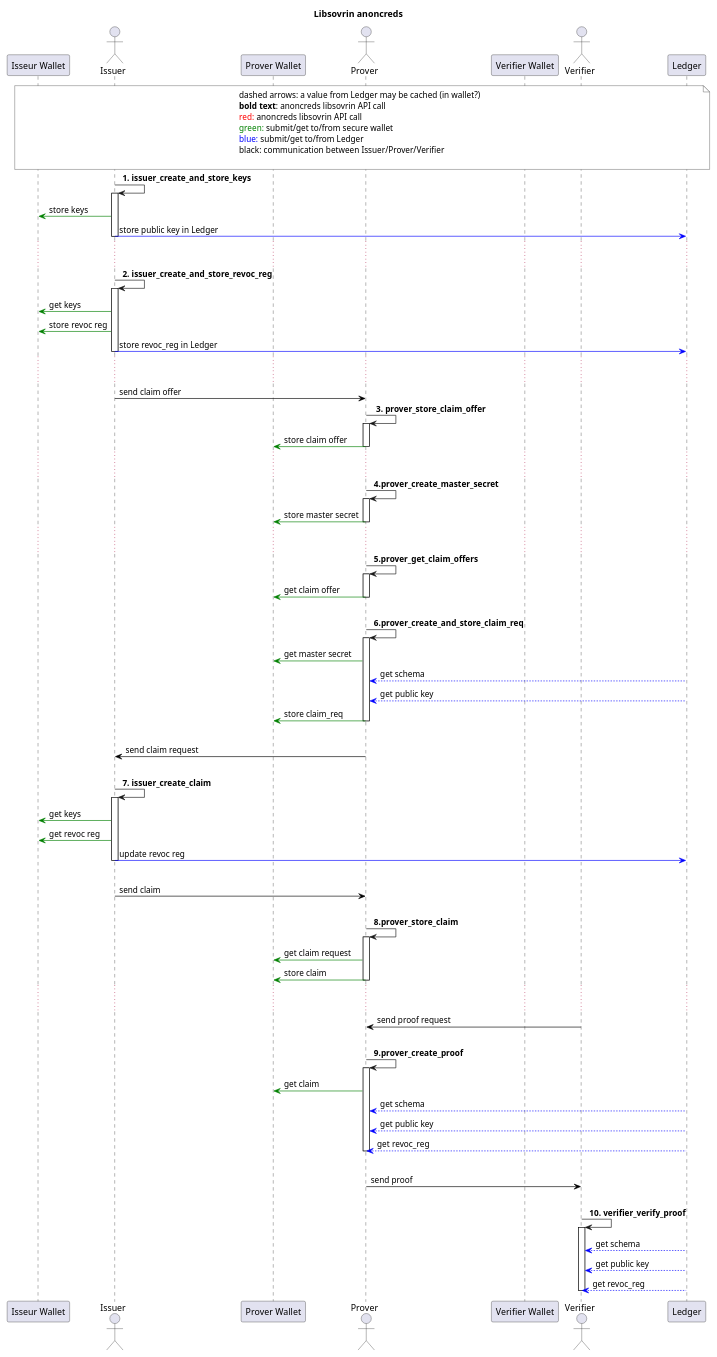
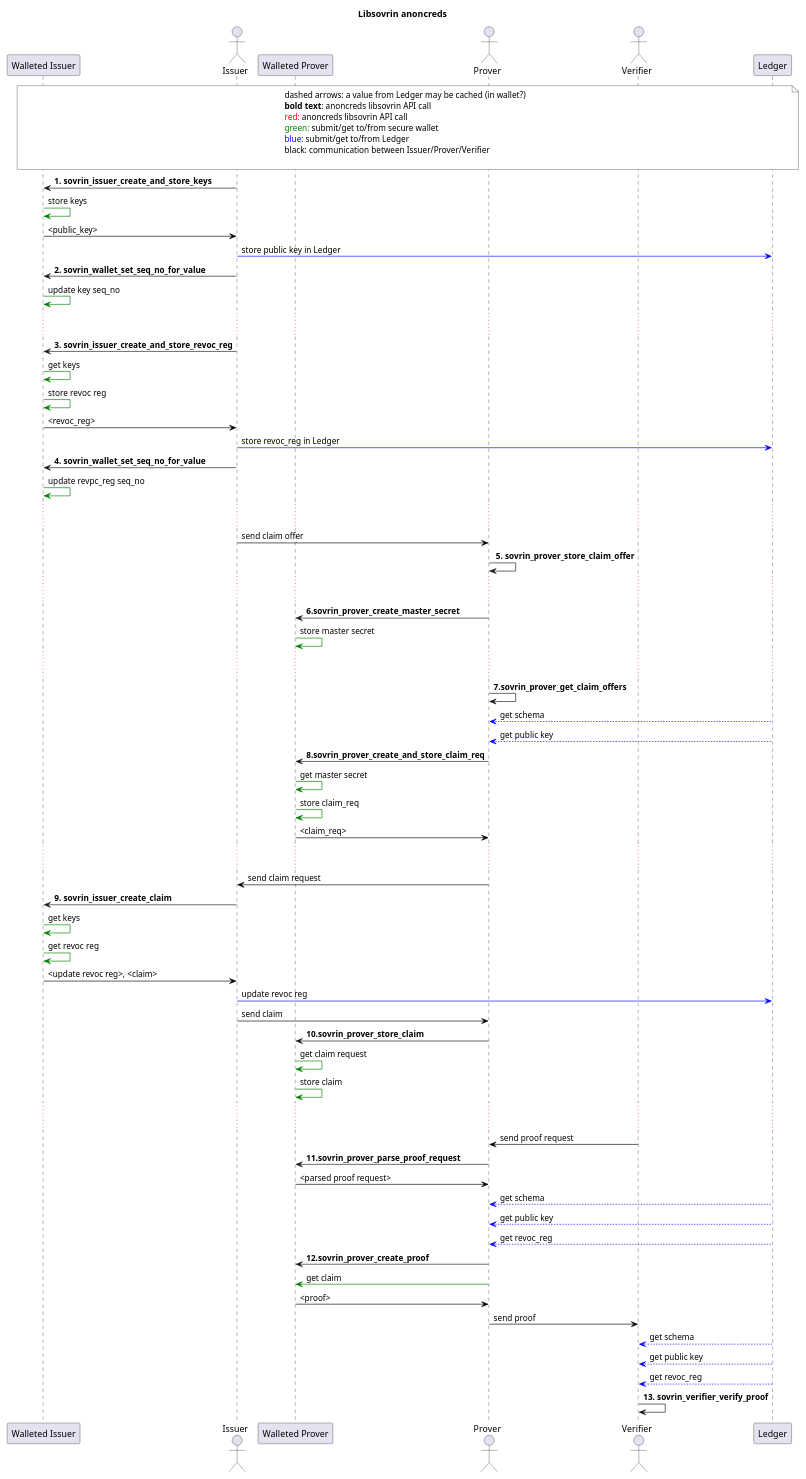
Before and after one commit to hyperledger-archives/indy-sdk: the diagram in doc/libsovrin-anoncreds.puml, drawn with PlantUML. The commit also changed 3 other files, not shown here.

Commit message:
Updated anoncreds API to separate signing and communication; updated anoncreds diagram; added anoncredss errors; added wallet_set_seq_no method

```diff
--- a/doc/libsovrin-anoncreds.puml
+++ b/doc/libsovrin-anoncreds.puml
@@ -1,127 +1,105 @@
 @startuml
 title Libsovrin anoncreds
 scale 0.9
-participant "Isseur Wallet" as IW
+participant "Walleted Issuer" as IW
 actor Issuer as I
 
-participant "Prover Wallet" as PW
+participant "Walleted Prover" as PW
 actor Prover as P
 
-participant "Verifier Wallet" as VW
 actor Verifier as V
 
 participant "Ledger" as L
 
 
 note over IW, L #white
     dashed arrows: a value from Ledger may be cached (in wallet?)
     <b>bold text</b>: anoncreds libsovrin API call
     <font color=red>red:</font> anoncreds libsovrin API call
     <font color=green>green:</font> submit/get to/from secure wallet
     <font color=blue>blue:</font> submit/get to/from Ledger
     black: communication between Issuer/Prover/Verifier
 
 endnote
 
 
 
-I -> I: <b>1. issuer_create_and_store_keys
-activate I
-I -[#green]> IW: store keys
+I -> IW: <b>1. sovrin_issuer_create_and_store_keys
+IW -[#green]> IW: store keys
+IW -[#black]> I: <public_key>
+
 I-[#blue]>L: store public key in Ledger
-deactivate I
+
+I -> IW: <b>2. sovrin_wallet_set_seq_no_for_value
+IW -[#green]> IW: update key seq_no
 ... ...
 
-I -> I: <b>2. issuer_create_and_store_revoc_reg
-activate I
-I -[#green]> IW: get keys
-I -[#green]> IW: store revoc reg
+I -> IW: <b>3. sovrin_issuer_create_and_store_revoc_reg
+IW -[#green]> IW: get keys
+IW -[#green]> IW: store revoc reg
+IW -[#black]> I: <revoc_reg>
+
 I-[#blue]>L: store revoc_reg in Ledger
-deactivate I
+
+I -> IW: <b>4. sovrin_wallet_set_seq_no_for_value
+IW -[#green]> IW: update revpc_reg seq_no
 
 ... ...
 
 I -[#black]> P: send claim offer
 
-P -> P: <b> 3. prover_store_claim_offer
-activate P
-P -[#green]> PW: store claim offer
-deactivate P
+P -> P: <b> 5. sovrin_prover_store_claim_offer
 
 ... ...
 
-P -> P: <b>4.prover_create_master_secret
-activate P
-P -[#green]> PW: store master secret
-deactivate P
+P -> PW: <b>6.sovrin_prover_create_master_secret
+PW -[#green]> PW: store master secret
 
 ... ...
 
-P -> P: <b>5.prover_get_claim_offers
-activate P
-P -[#green]> PW: get claim offer
-deactivate P
-
-|||
-
-P -> P: <b>6.prover_create_and_store_claim_req
-activate P
-P -[#green]> PW: get master secret
+P -> P: <b>7.sovrin_prover_get_claim_offers
 L -[#blue]-> P: get schema
 L -[#blue]-> P: get public key
-P -[#green]> PW: store claim_req
-deactivate P
 
-|||
+P -> PW: <b>8.sovrin_prover_create_and_store_claim_req
+PW -[#green]> PW: get master secret
+PW -[#green]> PW: store claim_req
+PW -[#black]> P: <claim_req>
+
+... ...
 
 P -[#black]> I: send claim request
 
-|||
+I -> IW: <b>9. sovrin_issuer_create_claim
+IW -[#green]> IW: get keys
+IW -[#green]> IW: get revoc reg
+IW -[#black]> I: <update revoc reg>, <claim>
 
-I -> I: <b>7. issuer_create_claim
-activate I
-I -[#green]> IW: get keys
-I -[#green]> IW: get revoc reg
 I -[#blue]> L: update revoc reg
-deactivate I
-
-|||
-
 I -[#black]> P: send claim
 
-|||
-
-P -> P: <b>8.prover_store_claim
-activate P
-P -[#green]> PW: get claim request
-P -[#green]> PW: store claim
-deactivate P
+P -> PW: <b>10.sovrin_prover_store_claim
+PW -[#green]> PW: get claim request
+PW -[#green]> PW: store claim
 
 ... ...
 
 V -[#black]> P: send proof request
 
-|||
-
-P -> P: <b>9.prover_create_proof
-activate P
-P -[#green]> PW: get claim
+P -> PW: <b>11.sovrin_prover_parse_proof_request
+PW -[#black]> P: <parsed proof request>
 L -[#blue]-> P: get schema
 L -[#blue]-> P: get public key
 L -[#blue]-> P: get revoc_reg
-deactivate P
-
-|||
+P -> PW: <b>12.sovrin_prover_create_proof
+P -[#green]> PW: get claim
+PW -[#black]> P: <proof>
 
 P -[#black]> V: send proof
 
-|||
-
-V -> V: <b>10. verifier_verify_proof
-activate V
 L -[#blue]-> V: get schema
 L -[#blue]-> V: get public key
 L -[#blue]-> V: get revoc_reg
-deactivate V
+V -> V: <b>13. sovrin_verifier_verify_proof
 
 @enduml
```
